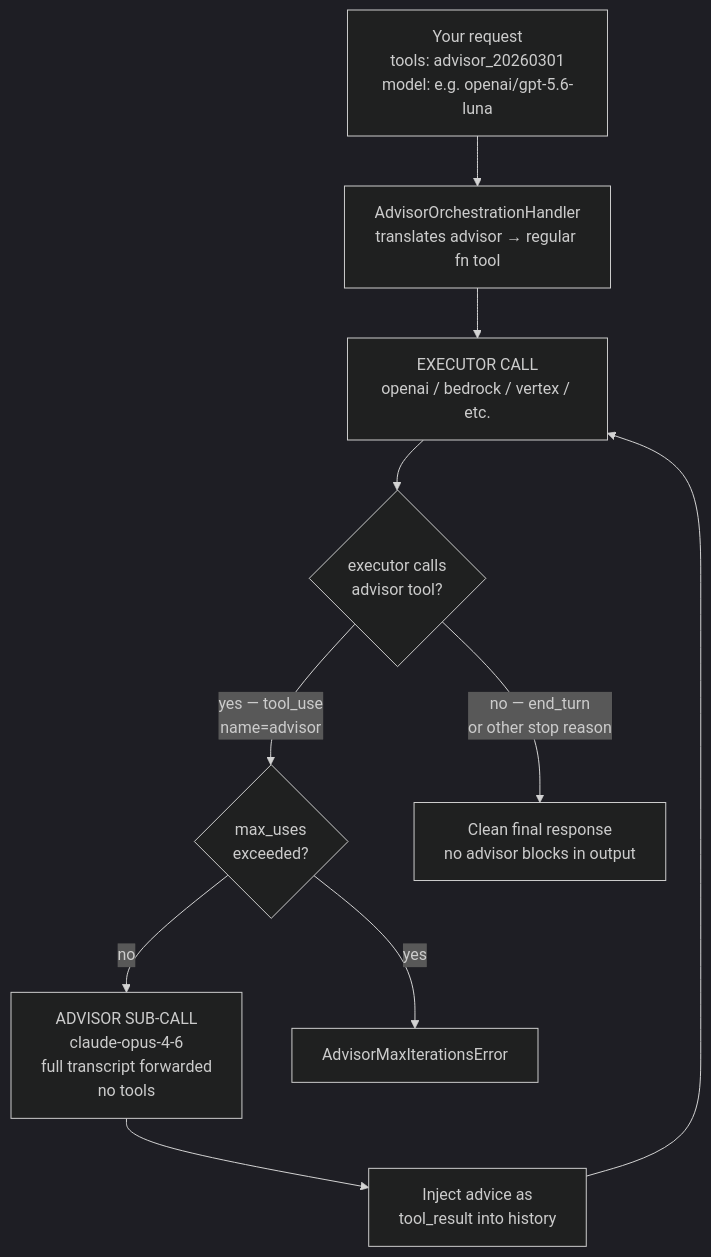
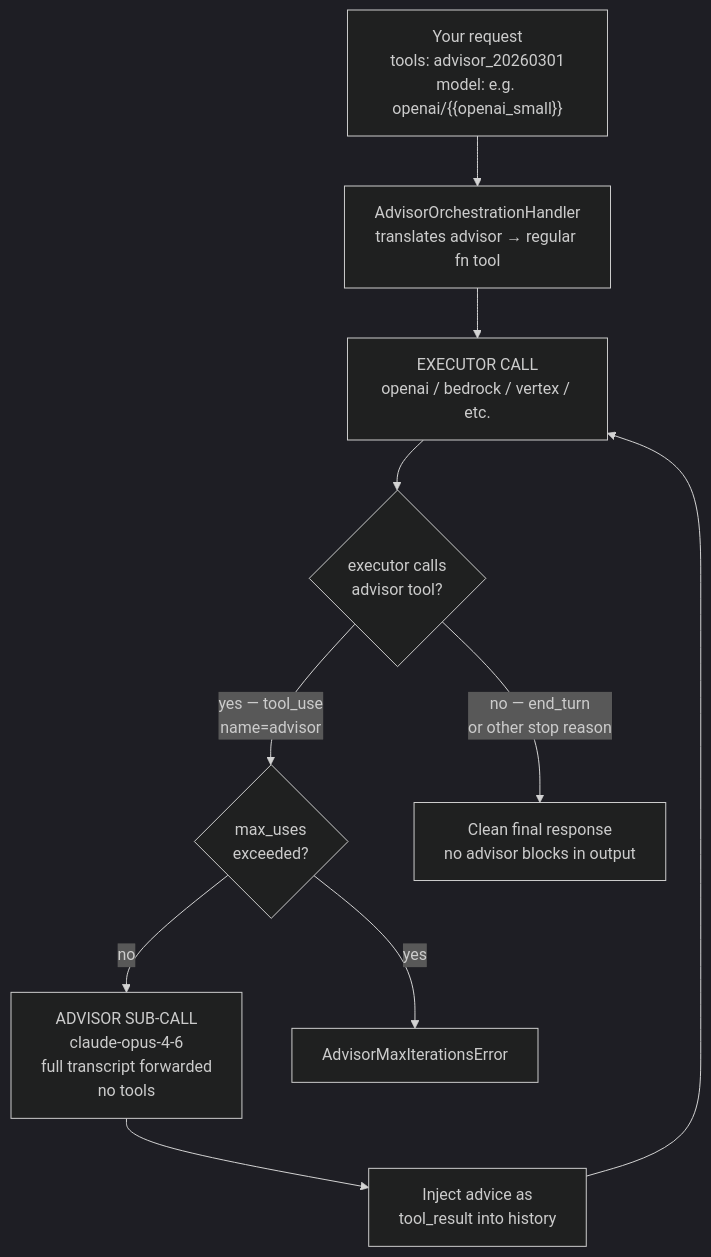
The diagram in docs/completion/anthropic_advisor_tool.md (BerriAI/litellm-docs), drawn with Mermaid (dark theme) before and after one commit. The commit also changed other lines of this file and 423 other files, not shown here.

````diff
--- a/docs/completion/anthropic_advisor_tool.md
+++ b/docs/completion/anthropic_advisor_tool.md
@@ -31,20 +31,20 @@
 ```mermaid
 flowchart TD
-    A["Your request\ntools: advisor_20260301\nmodel: e.g. openai/gpt-5.6-luna"] --> B["AdvisorOrchestrationHandler\ntranslates advisor → regular fn tool"]
+    A["Your request\ntools: advisor_20260301\nmodel: e.g. openai/{{openai_small}}"] --> B["AdvisorOrchestrationHandler\ntranslates advisor → regular fn tool"]
 
     B --> C["EXECUTOR CALL\nopenai / bedrock / vertex / etc."]
 
     C --> D{"executor calls\nadvisor tool?"}
 
     D -->|"yes — tool_use\nname=advisor"| E{"max_uses\nexceeded?"}
 
     E -->|no| F["ADVISOR SUB-CALL\nclaude-opus-4-6\nfull transcript forwarded\nno tools"]
 
     F --> G["Inject advice as\ntool_result into history"]
 
     G --> C
 
     E -->|yes| H["AdvisorMaxIterationsError"]
 
     D -->|"no — end_turn\nor other stop reason"| I["Clean final response\nno advisor blocks in output"]
 ```
````
